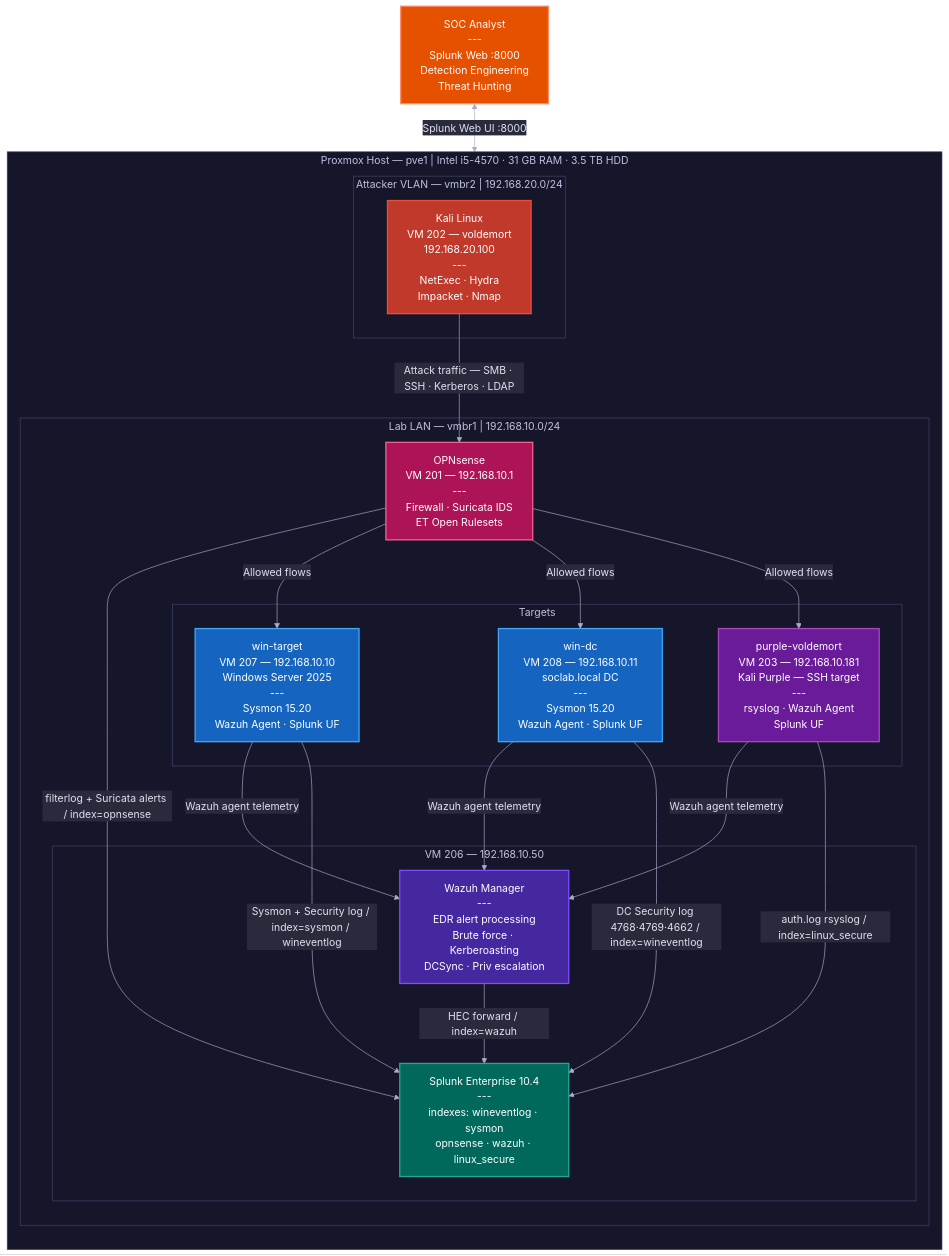
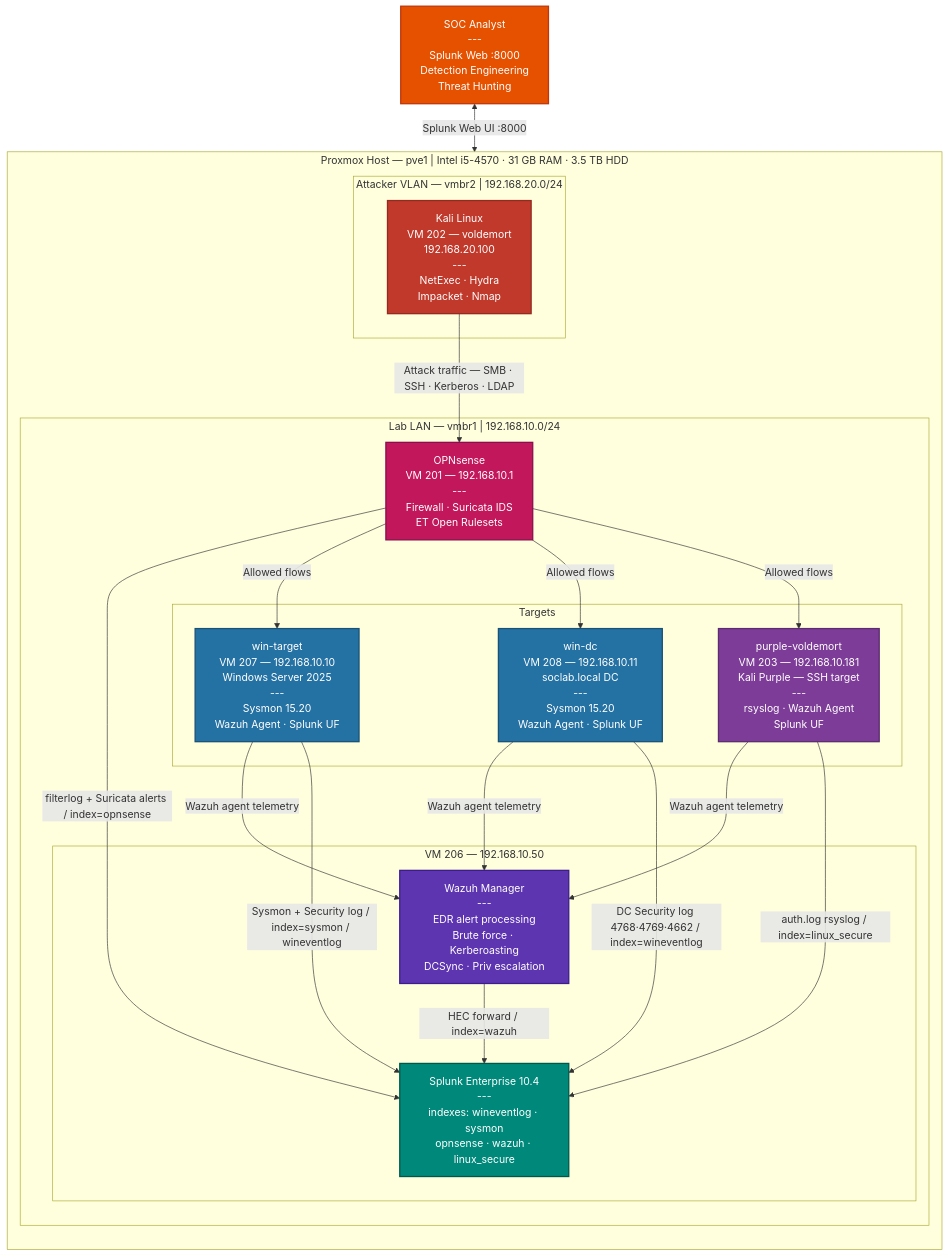
The diagram in splunk-project/lab-infrastructure/README.md (Santi4g0RD/SOC-Analyst-Projects), drawn with Mermaid before and after one commit.

Commit message:
Fix Mermaid diagram — remove dark theme init, use vivid saturated colors
The %%{init}%% dark theme block rendered as a black void on GitHub.
Reverted to default white background with vivid saturated node fills
so edges are clearly visible against the white subgraph containers.

````diff
--- a/splunk-project/lab-infrastructure/README.md
+++ b/splunk-project/lab-infrastructure/README.md
@@ -55,46 +55,45 @@
 ```mermaid
-%%{init: {'theme': 'base', 'themeVariables': {'background': '#1e1e2e', 'primaryColor': '#2a2a3d', 'primaryTextColor': '#e0e0f0', 'primaryBorderColor': '#555577', 'lineColor': '#aaaacc', 'secondaryColor': '#252535', 'tertiaryColor': '#1a1a2a', 'clusterBkg': '#16162a', 'clusterBorder': '#44446a', 'edgeLabelBackground': '#2a2a3d', 'titleColor': '#c0c0e0'}}}%%
 flowchart TB
-    classDef attacker fill:#c0392b,color:#fff,stroke:#e74c3c,stroke-width:2px
-    classDef winTarget fill:#1565c0,color:#fff,stroke:#42a5f5,stroke-width:2px
-    classDef linuxTarget fill:#6a1b9a,color:#fff,stroke:#ab47bc,stroke-width:2px
-    classDef firewall fill:#ad1457,color:#fff,stroke:#f06292,stroke-width:2px
-    classDef siem fill:#00695c,color:#fff,stroke:#26a69a,stroke-width:2px
-    classDef edr fill:#4527a0,color:#fff,stroke:#7c4dff,stroke-width:2px
-    classDef analyst fill:#e65100,color:#fff,stroke:#ff8a65,stroke-width:2px
+    classDef attacker fill:#c0392b,color:#fff,stroke:#922b21,stroke-width:2px
+    classDef winTarget fill:#2471a3,color:#fff,stroke:#1a5276,stroke-width:2px
+    classDef linuxTarget fill:#7d3c98,color:#fff,stroke:#5b2c6f,stroke-width:2px
+    classDef firewall fill:#c2185b,color:#fff,stroke:#880e4f,stroke-width:2px
+    classDef siem fill:#00897b,color:#fff,stroke:#00574b,stroke-width:2px
+    classDef edr fill:#5e35b1,color:#fff,stroke:#3d1d8c,stroke-width:2px
+    classDef analyst fill:#e65100,color:#fff,stroke:#bf360c,stroke-width:2px
 
     subgraph PROXMOX["Proxmox Host — pve1  |  Intel i5-4570  ·  31 GB RAM  ·  3.5 TB HDD"]
         direction TB
 
         subgraph VLAN2["Attacker VLAN — vmbr2  |  192.168.20.0/24"]
             KALI["Kali Linux\nVM 202 — voldemort\n192.168.20.100\n---\nNetExec · Hydra\nImpacket · Nmap"]:::attacker
         end
 
         subgraph LAN["Lab LAN — vmbr1  |  192.168.10.0/24"]
             OPN["OPNsense\nVM 201 — 192.168.10.1\n---\nFirewall · Suricata IDS\nET Open Rulesets"]:::firewall
 
             subgraph TARGETS["Targets"]
                 WINDC["win-dc\nVM 208 — 192.168.10.11\nsoclab.local DC\n---\nSysmon 15.20\nWazuh Agent · Splunk UF"]:::winTarget
                 WINTGT["win-target\nVM 207 — 192.168.10.10\nWindows Server 2025\n---\nSysmon 15.20\nWazuh Agent · Splunk UF"]:::winTarget
                 LINUX["purple-voldemort\nVM 203 — 192.168.10.181\nKali Purple — SSH target\n---\nrsyslog · Wazuh Agent\nSplunk UF"]:::linuxTarget
             end
 
             subgraph VM206["VM 206 — 192.168.10.50"]
                 WAZUH["Wazuh Manager\n---\nEDR alert processing\nBrute force · Kerberoasting\nDCSync · Priv escalation"]:::edr
                 SPLUNK["Splunk Enterprise 10.4\n---\nindexes: wineventlog · sysmon\nopnsense · wazuh · linux_secure"]:::siem
                 WAZUH -->|"HEC forward / index=wazuh"| SPLUNK
             end
         end
     end
 
     ANALYST["SOC Analyst\n---\nSplunk Web :8000\nDetection Engineering\nThreat Hunting"]:::analyst
 
     KALI -->|"Attack traffic — SMB · SSH · Kerberos · LDAP"| OPN
     OPN -->|"filterlog + Suricata alerts / index=opnsense"| SPLUNK
     OPN -->|"Allowed flows"| WINTGT & WINDC & LINUX
     WINTGT & WINDC & LINUX -->|"Wazuh agent telemetry"| WAZUH
     WINTGT -->|"Sysmon + Security log / index=sysmon / wineventlog"| SPLUNK
     WINDC -->|"DC Security log 4768·4769·4662 / index=wineventlog"| SPLUNK
     LINUX -->|"auth.log rsyslog / index=linux_secure"| SPLUNK
     ANALYST <-->|"Splunk Web UI :8000"| SPLUNK
 ```
````
